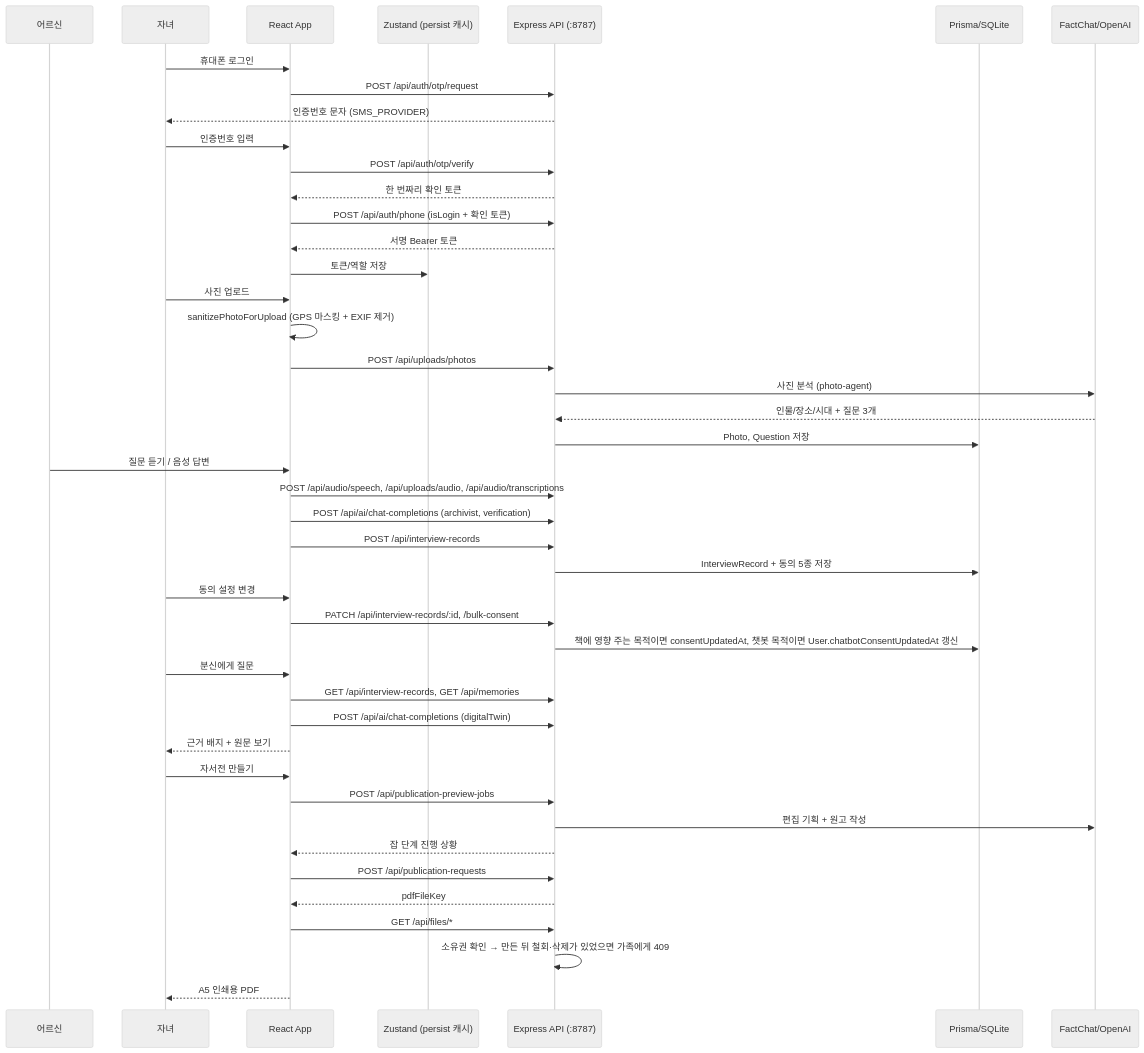
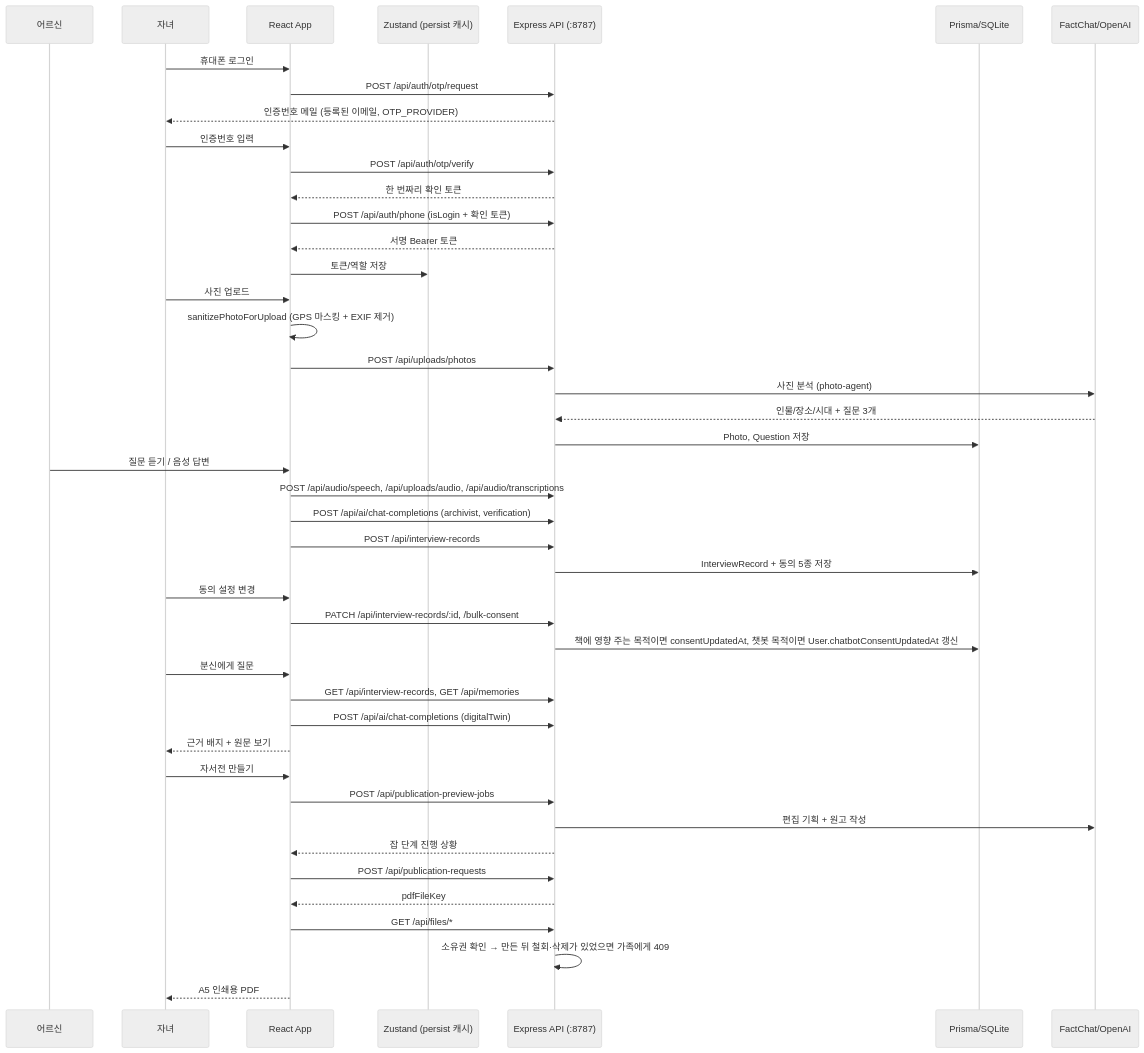
The second of 4 diagrams in docs/technical-architecture.md (moondh99/dearlog), drawn with Mermaid (neutral theme) before and after one commit. The commit also changed other lines of this file and 26 other files, not shown here.

First line of the commit message:
feat(auth): 인증번호를 문자 대신 계정에 등록된 이메일(Gmail)로 보낸다 (#23)

````diff
--- a/docs/technical-architecture.md
+++ b/docs/technical-architecture.md
@@ -59,47 +59,47 @@
 ```mermaid
 sequenceDiagram
   participant Parent as 어르신
   participant Child as 자녀
   participant App as React App
   participant Store as Zustand (persist 캐시)
   participant API as Express API (:8787)
   participant DB as Prisma/SQLite
   participant AI as FactChat/OpenAI
 
   Child->>App: 휴대폰 로그인
   App->>API: POST /api/auth/otp/request
-  API-->>Child: 인증번호 문자 (SMS_PROVIDER)
+  API-->>Child: 인증번호 메일 (등록된 이메일, OTP_PROVIDER)
   Child->>App: 인증번호 입력
   App->>API: POST /api/auth/otp/verify
   API-->>App: 한 번짜리 확인 토큰
   App->>API: POST /api/auth/phone (isLogin + 확인 토큰)
   API-->>App: 서명 Bearer 토큰
   App->>Store: 토큰/역할 저장
   Child->>App: 사진 업로드
   App->>App: sanitizePhotoForUpload (GPS 마스킹 + EXIF 제거)
   App->>API: POST /api/uploads/photos
   API->>AI: 사진 분석 (photo-agent)
   AI-->>API: 인물/장소/시대 + 질문 3개
   API->>DB: Photo, Question 저장
   Parent->>App: 질문 듣기 / 음성 답변
   App->>API: POST /api/audio/speech, /api/uploads/audio, /api/audio/transcriptions
   App->>API: POST /api/ai/chat-completions (archivist, verification)
   App->>API: POST /api/interview-records
   API->>DB: InterviewRecord + 동의 5종 저장
   Child->>App: 동의 설정 변경
   App->>API: PATCH /api/interview-records/:id, /bulk-consent
   API->>DB: 책에 영향 주는 목적이면 consentUpdatedAt, 챗봇 목적이면 User.chatbotConsentUpdatedAt 갱신
   Child->>App: 분신에게 질문
   App->>API: GET /api/interview-records, GET /api/memories
   App->>API: POST /api/ai/chat-completions (digitalTwin)
   App-->>Child: 근거 배지 + 원문 보기
   Child->>App: 자서전 만들기
   App->>API: POST /api/publication-preview-jobs
   API->>AI: 편집 기획 + 원고 작성
   API-->>App: 잡 단계 진행 상황
   App->>API: POST /api/publication-requests
   API-->>App: pdfFileKey
   App->>API: GET /api/files/*
   API->>API: 소유권 확인 → 만든 뒤 철회·삭제가 있었으면 가족에게 409
   App-->>Child: A5 인쇄용 PDF
 ```
````
